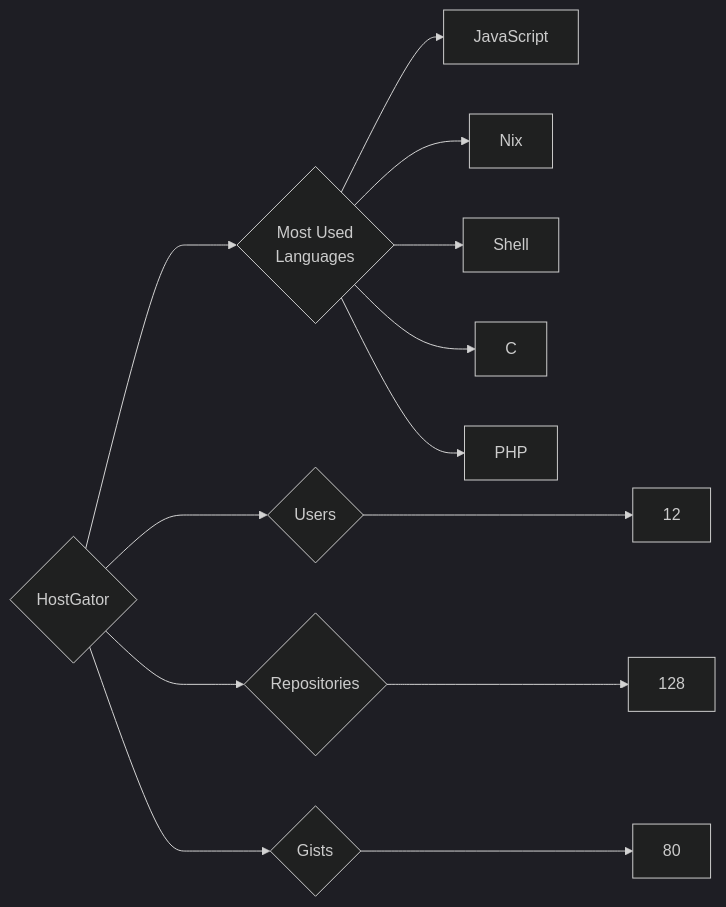
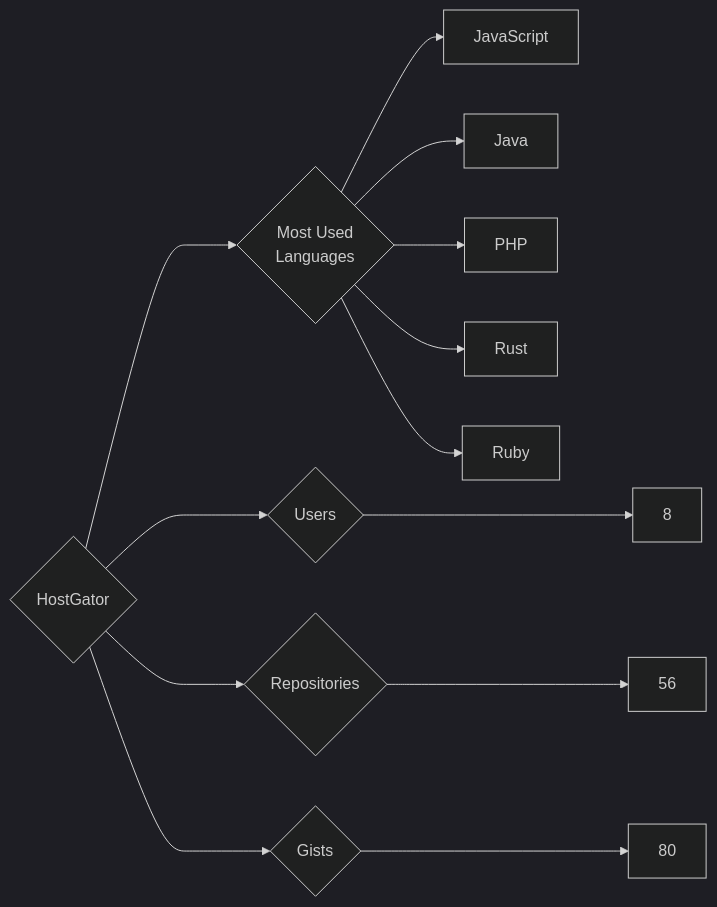
The diagram in targets/HostGator/README.md (trickest/insiders), drawn with Mermaid (dark theme) before and after one commit. The commit also changed 1212 other files, not shown here.

````diff
--- a/targets/HostGator/README.md
+++ b/targets/HostGator/README.md
@@ -3,13 +3,13 @@
 ```mermaid
 graph LR
 COMPANY_NAME{HostGator}
-COMPANY_NAME ---> U{Users} ---> UN[12]
-COMPANY_NAME ---> R{Repositories} ---> RN[128]
+COMPANY_NAME ---> U{Users} ---> UN[8]
+COMPANY_NAME ---> R{Repositories} ---> RN[56]
 COMPANY_NAME ---> G{Gists} ---> GN[80]
 COMPANY_NAME ---> ML{Most Used<br>Languages}
 ML --> JavaScript[JavaScript]
-ML --> Nix[Nix]
-ML --> Shell[Shell]
-ML --> C[C]
+ML --> Java[Java]
 ML --> PHP[PHP]
+ML --> Rust[Rust]
+ML --> Ruby[Ruby]
 ```
````
